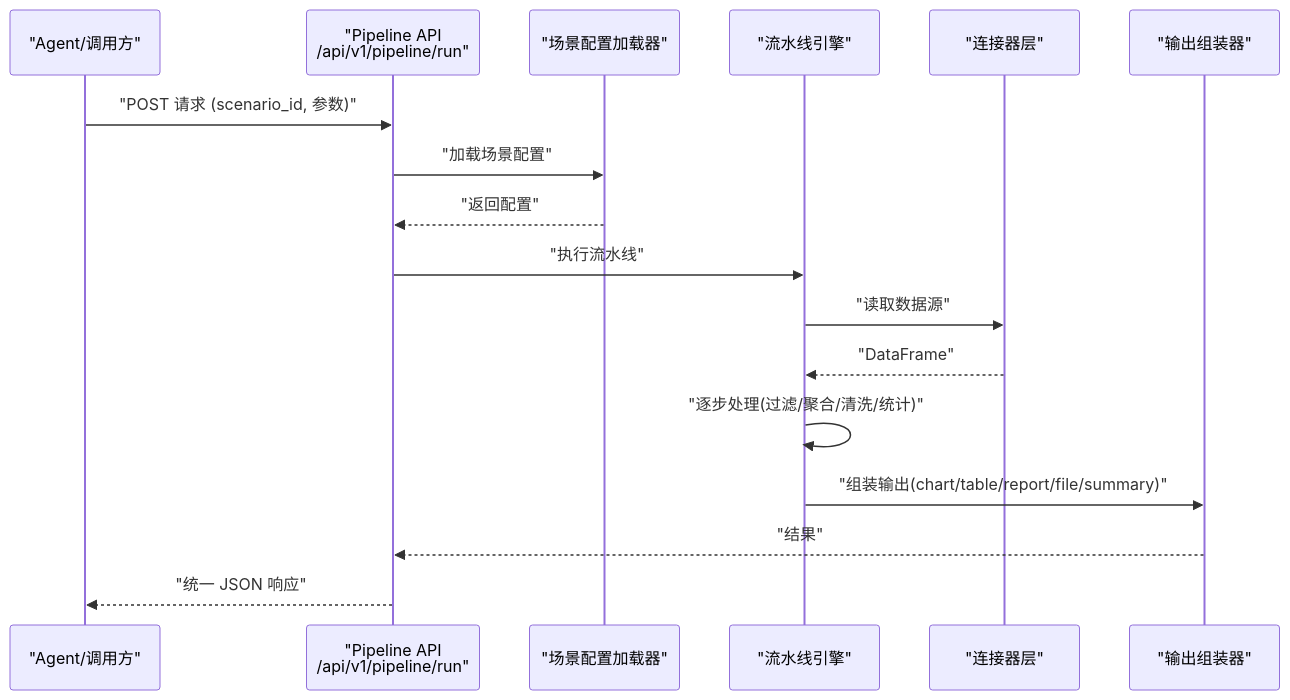
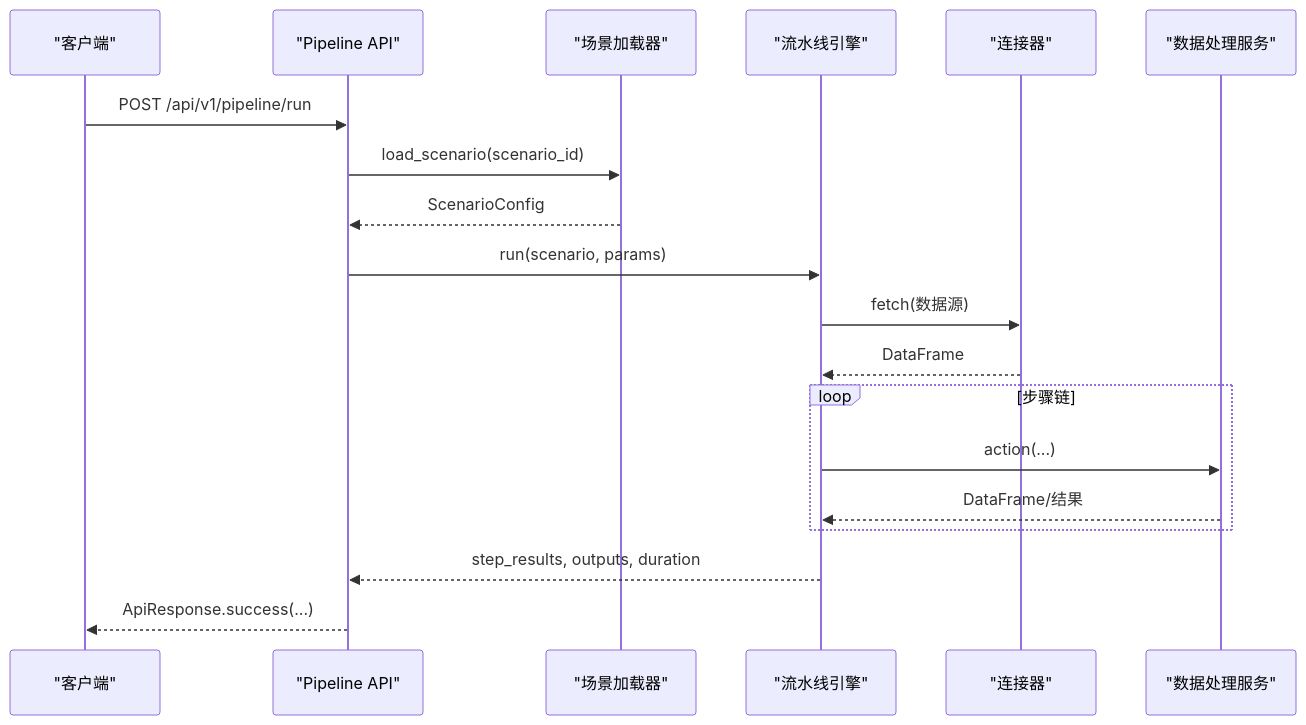
The sixth of 8 diagrams in .qoder/repowiki/zh/content/项目概述.md (liang996plus/qoder_cn), drawn with Mermaid before and after one commit. The commit also changed other lines of this file and 100 other files, not shown here.

````diff
--- a/.qoder/repowiki/zh/content/项目概述.md
+++ b/.qoder/repowiki/zh/content/项目概述.md
@@ -81,19 +287,21 @@
 ```mermaid
 sequenceDiagram
-participant A as "Agent/调用方"
-participant API as "Pipeline API<br/>/api/v1/pipeline/run"
-participant SL as "场景配置加载器"
-participant PE as "流水线引擎"
-participant CONN as "连接器层"
-participant OA as "输出组装器"
-A->>API : "POST 请求 (scenario_id, 参数)"
-API->>SL : "加载场景配置"
-SL-->>API : "返回配置"
-API->>PE : "执行流水线"
-PE->>CONN : "读取数据源"
-CONN-->>PE : "DataFrame"
-PE->>PE : "逐步处理(过滤/聚合/清洗/统计)"
-PE->>OA : "组装输出(chart/table/report/file/summary)"
-OA-->>API : "结果"
-API-->>A : "统一 JSON 响应"
+participant Client as "客户端"
+participant PipelineAPI as "Pipeline API"
+participant Loader as "场景加载器"
+participant Engine as "流水线引擎"
+participant Conn as "连接器"
+participant Svc as "数据处理服务"
+Client->>PipelineAPI : POST /api/v1/pipeline/run
+PipelineAPI->>Loader : load_scenario(scenario_id)
+Loader-->>PipelineAPI : ScenarioConfig
+PipelineAPI->>Engine : run(scenario, params)
+Engine->>Conn : fetch(数据源)
+Conn-->>Engine : DataFrame
+loop 步骤链
+Engine->>Svc : action(...)
+Svc-->>Engine : DataFrame/结果
+end
+Engine-->>PipelineAPI : step_results, outputs, duration
+PipelineAPI-->>Client : ApiResponse.success(...)
 ```
````
